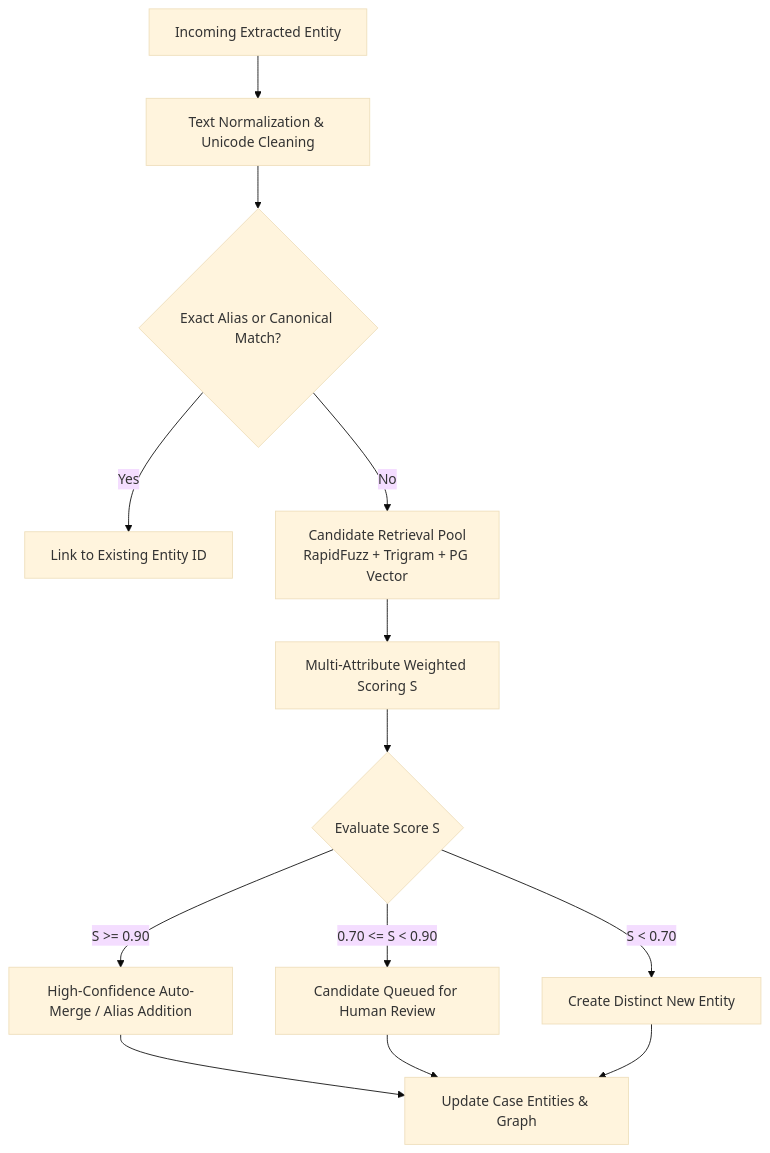
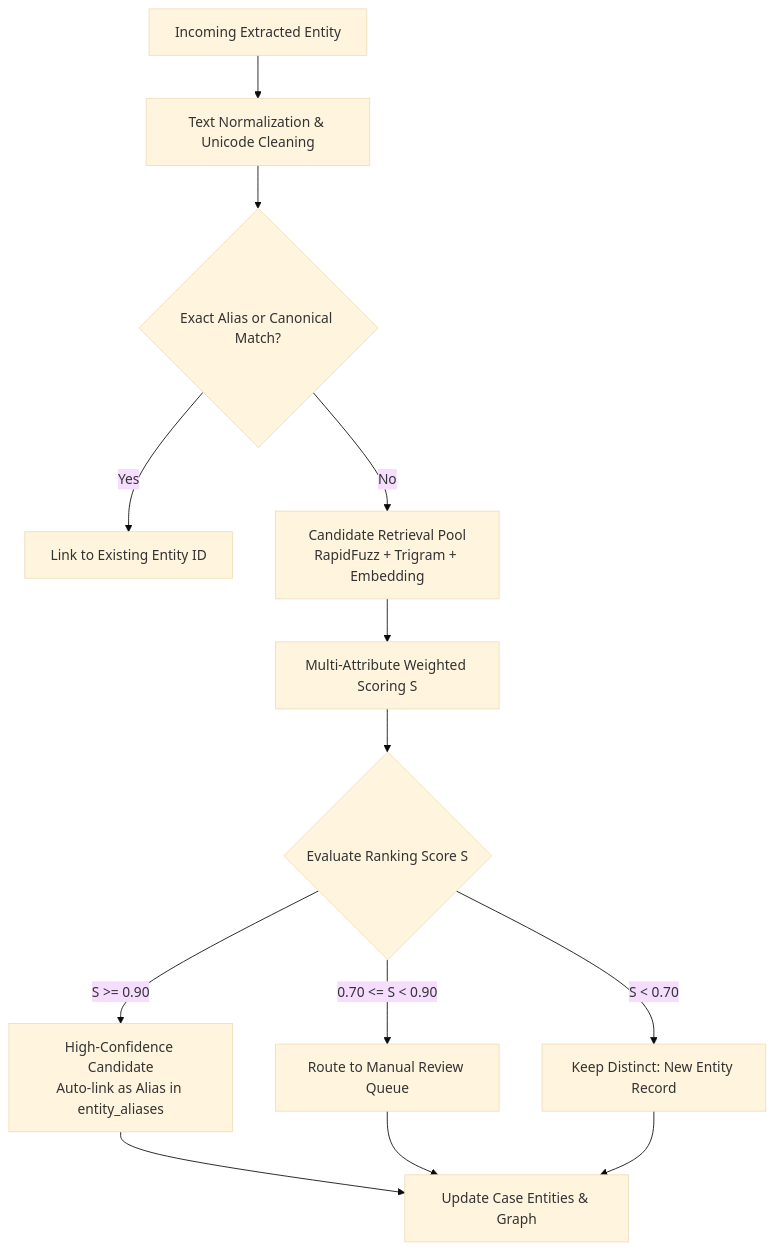
Before and after one commit to rushikeshbathe096/RedThread: the diagram in docs/entity-resolution.md, drawn with Mermaid (base theme). The commit also changed other lines of this file and 38 other files, not shown here.

Commit message:
db schema

````diff
--- a/docs/entity-resolution.md
+++ b/docs/entity-resolution.md
@@ -16,15 +21,15 @@
 ```mermaid
 flowchart TD
     A[Incoming Extracted Entity] --> B[Text Normalization & Unicode Cleaning]
     B --> C{Exact Alias or Canonical Match?}
     C -- Yes --> D[Link to Existing Entity ID]
-    C -- No --> E[Candidate Retrieval Pool<br/>RapidFuzz + Trigram + PG Vector]
+    C -- No --> E[Candidate Retrieval Pool<br/>RapidFuzz + Trigram + Embedding]
     E --> F[Multi-Attribute Weighted Scoring S]
-    F --> G{Evaluate Score S}
-    G -- "S >= 0.90" --> H[High-Confidence Auto-Merge / Alias Addition]
-    G -- "0.70 <= S < 0.90" --> I[Candidate Queued for Human Review]
-    G -- "S < 0.70" --> J[Create Distinct New Entity]
+    F --> G{Evaluate Ranking Score S}
+    G -- "S >= 0.90" --> H[High-Confidence Candidate<br/>Auto-link as Alias in entity_aliases]
+    G -- "0.70 <= S < 0.90" --> I[Route to Manual Review Queue]
+    G -- "S < 0.70" --> J[Keep Distinct: New Entity Record]
     H --> K[Update Case Entities & Graph]
     I --> K
     J --> K
 ```
````
